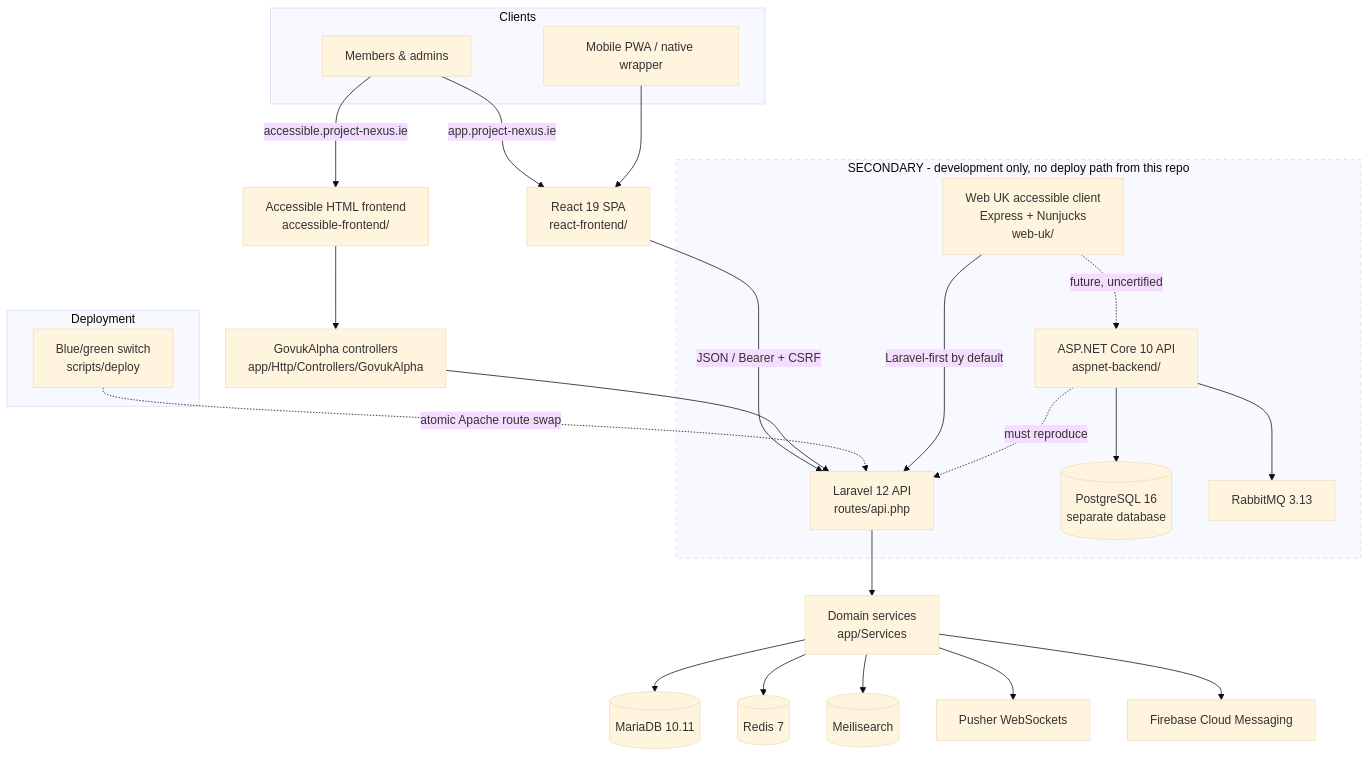
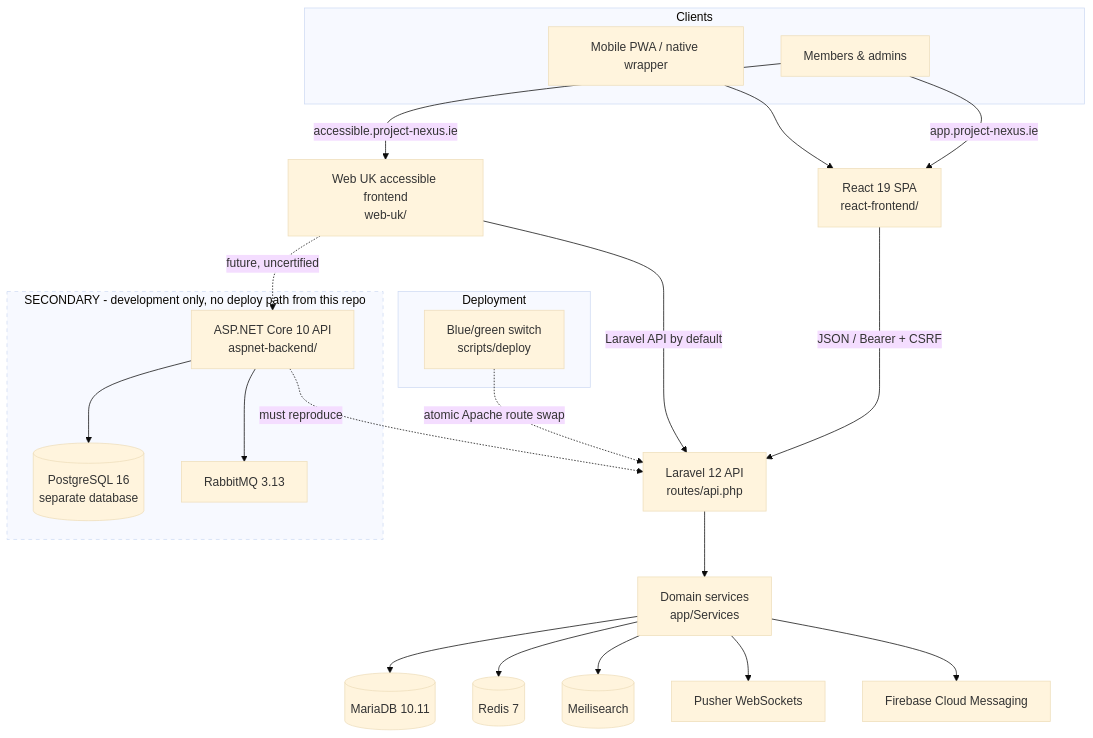
The diagram in docs/ARCHITECTURE.md (jasperfordesq-ai/Project-NEXUS), drawn with Mermaid (base theme) before and after one commit. The commit also changed other lines of this file and 13 other files, not shown here.

Commit message:
docs: define Laravel and ASP.NET backend roles

````diff
--- a/docs/ARCHITECTURE.md
+++ b/docs/ARCHITECTURE.md
@@ -14,39 +14,36 @@
 ```mermaid
 flowchart TD
     subgraph Clients
         U[Members & admins]
         M[Mobile PWA / native wrapper]
     end
     U -->|app.project-nexus.ie| RC[React 19 SPA<br/>react-frontend/]
-    U -->|accessible.project-nexus.ie| AC[Accessible HTML frontend<br/>accessible-frontend/]
+    U -->|accessible.project-nexus.ie| AC[Web UK accessible frontend<br/>web-uk/]
     M --> RC
 
     RC -->|JSON / Bearer + CSRF| API[Laravel 12 API<br/>routes/api.php]
-    AC --> GC[GovukAlpha controllers<br/>app/Http/Controllers/GovukAlpha]
-    GC --> API
+    AC -->|Laravel API by default| API
 
     API --> SVC[Domain services<br/>app/Services]
     SVC --> DB[(MariaDB 10.11)]
     SVC --> RED[(Redis 7)]
     SVC --> MEI[(Meilisearch)]
     SVC --> PUSH[Pusher WebSockets]
     SVC --> FCM[Firebase Cloud Messaging]
 
     subgraph Deployment
         BG[Blue/green switch<br/>scripts/deploy]
     end
     BG -.atomic Apache route swap.-> API
 
     subgraph SEC ["SECONDARY - development only, no deploy path from this repo"]
-        WU[Web UK accessible client<br/>Express + Nunjucks<br/>web-uk/]
         ASP[ASP.NET Core 10 API<br/>aspnet-backend/]
         PG[(PostgreSQL 16<br/>separate database)]
         MQ[RabbitMQ 3.13]
         ASP --> PG
         ASP --> MQ
-        WU -->|Laravel-first by default| API
-        WU -. future, uncertified .-> ASP
     end
+    AC -. future, uncertified .-> ASP
     ASP -. must reproduce .-> API
     style SEC stroke-dasharray: 5 5
 ```
````
